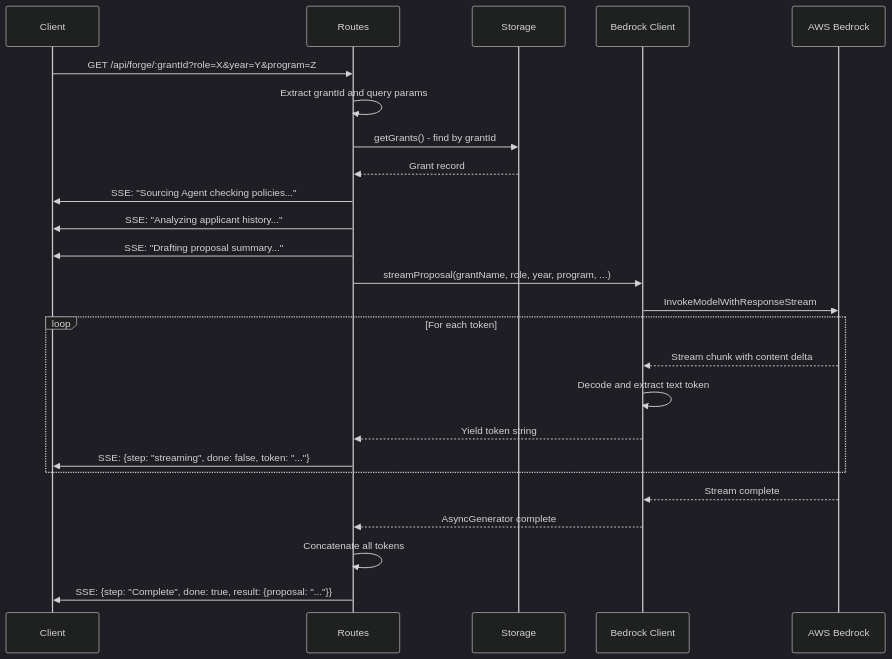
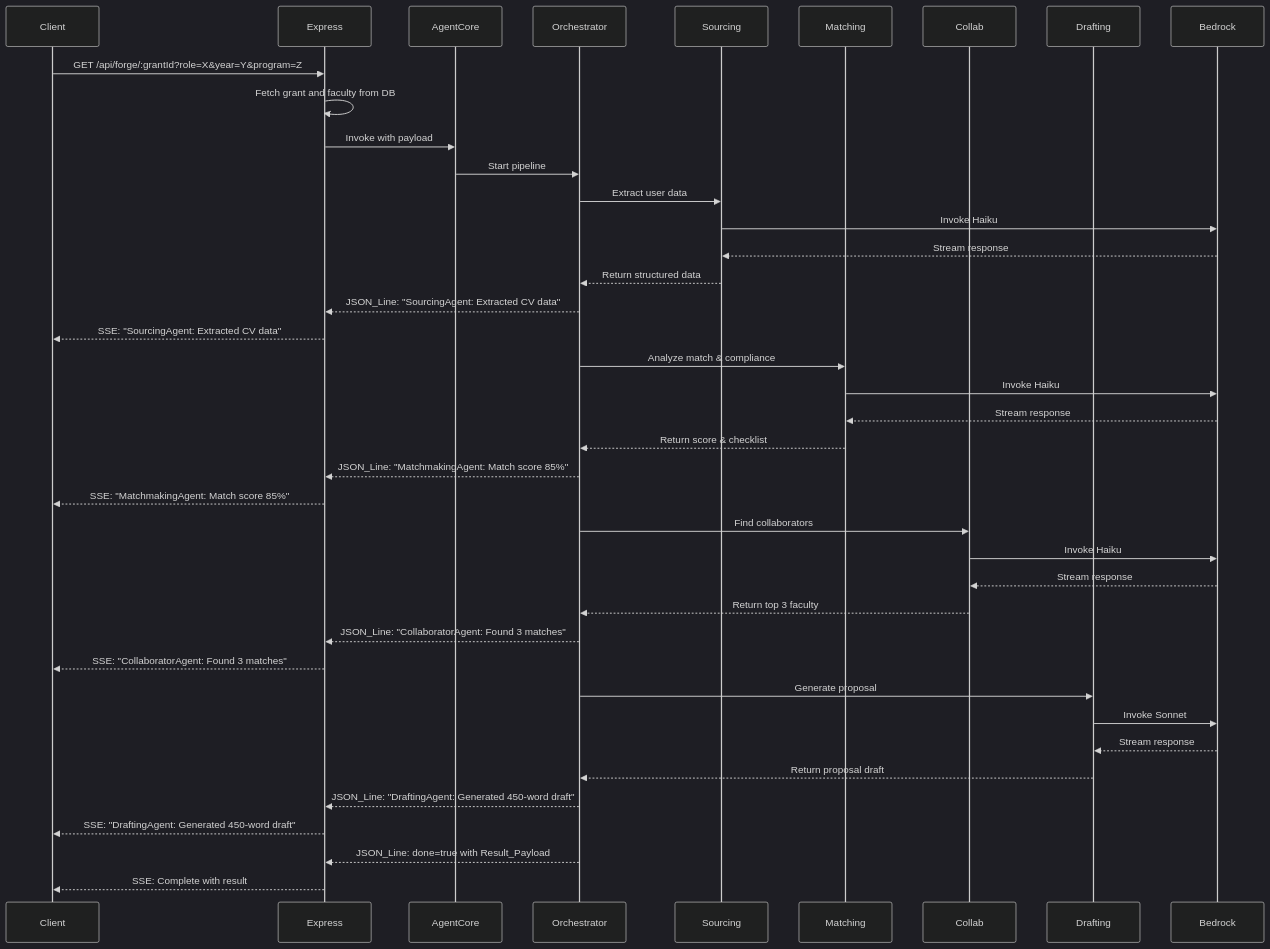
Before and after one commit to alex-hsieh/personalFundingForge: the second of 3 diagrams in .kiro/specs/aws-bedrock-backend-integration/design.md, drawn with Mermaid (dark theme). The commit also changed other lines of this file and 2 other files, not shown here.

Commit message:
set up foundation for the project by establishing the core requirements

````diff
--- a/.kiro/specs/aws-bedrock-backend-integration/design.md
+++ b/.kiro/specs/aws-bedrock-backend-integration/design.md
@@ -44,28 +54,48 @@
 ```mermaid
 sequenceDiagram
-    participant C as Client
-    participant R as Routes
-    participant S as Storage
-    participant B as Bedrock Client
-    participant AWS as AWS Bedrock
+    participant Client
+    participant Express
+    participant AgentCore
+    participant Orchestrator
+    participant Sourcing
+    participant Matching
+    participant Collab
+    participant Drafting
+    participant Bedrock
 
-    C->>R: GET /api/forge/:grantId?role=X&year=Y&program=Z
-    R->>R: Extract grantId and query params
-    R->>S: getGrants() - find by grantId
-    S-->>R: Grant record
-    R->>C: SSE: "Sourcing Agent checking policies..."
-    R->>C: SSE: "Analyzing applicant history..."
-    R->>C: SSE: "Drafting proposal summary..."
-    R->>B: streamProposal(grantName, role, year, program, ...)
-    B->>AWS: InvokeModelWithResponseStream
-    loop For each token
-        AWS-->>B: Stream chunk with content delta
-        B->>B: Decode and extract text token
-        B-->>R: Yield token string
-        R->>C: SSE: {step: "streaming", done: false, token: "..."}
-    end
-    AWS-->>B: Stream complete
-    B-->>R: AsyncGenerator complete
-    R->>R: Concatenate all tokens
-    R->>C: SSE: {step: "Complete", done: true, result: {proposal: "..."}}
+    Client->>Express: GET /api/forge/:grantId?role=X&year=Y&program=Z
+    Express->>Express: Fetch grant and faculty from DB
+    Express->>AgentCore: Invoke with payload
+    AgentCore->>Orchestrator: Start pipeline
+    
+    Orchestrator->>Sourcing: Extract user data
+    Sourcing->>Bedrock: Invoke Haiku
+    Bedrock-->>Sourcing: Stream response
+    Sourcing-->>Orchestrator: Return structured data
+    Orchestrator-->>Express: JSON_Line: "SourcingAgent: Extracted CV data"
+    Express-->>Client: SSE: "SourcingAgent: Extracted CV data"
+    
+    Orchestrator->>Matching: Analyze match & compliance
+    Matching->>Bedrock: Invoke Haiku
+    Bedrock-->>Matching: Stream response
+    Matching-->>Orchestrator: Return score & checklist
+    Orchestrator-->>Express: JSON_Line: "MatchmakingAgent: Match score 85%"
+    Express-->>Client: SSE: "MatchmakingAgent: Match score 85%"
+    
+    Orchestrator->>Collab: Find collaborators
+    Collab->>Bedrock: Invoke Haiku
+    Bedrock-->>Collab: Stream response
+    Collab-->>Orchestrator: Return top 3 faculty
+    Orchestrator-->>Express: JSON_Line: "CollaboratorAgent: Found 3 matches"
+    Express-->>Client: SSE: "CollaboratorAgent: Found 3 matches"
+    
+    Orchestrator->>Drafting: Generate proposal
+    Drafting->>Bedrock: Invoke Sonnet
+    Bedrock-->>Drafting: Stream response
+    Drafting-->>Orchestrator: Return proposal draft
+    Orchestrator-->>Express: JSON_Line: "DraftingAgent: Generated 450-word draft"
+    Express-->>Client: SSE: "DraftingAgent: Generated 450-word draft"
+    
+    Orchestrator-->>Express: JSON_Line: done=true with Result_Payload
+    Express-->>Client: SSE: Complete with result
 ```
````
